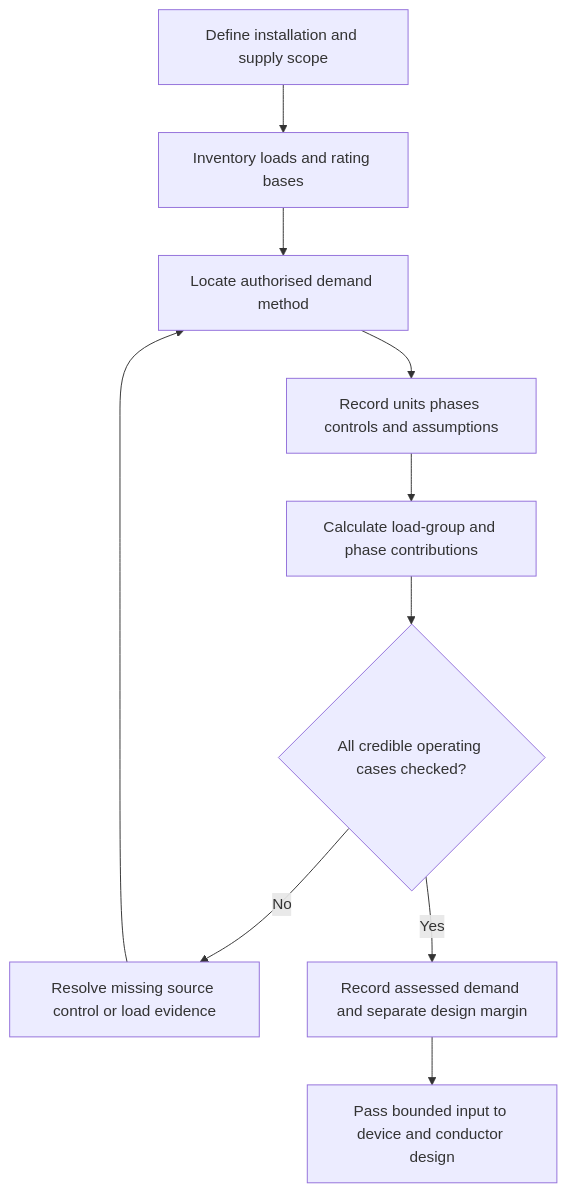
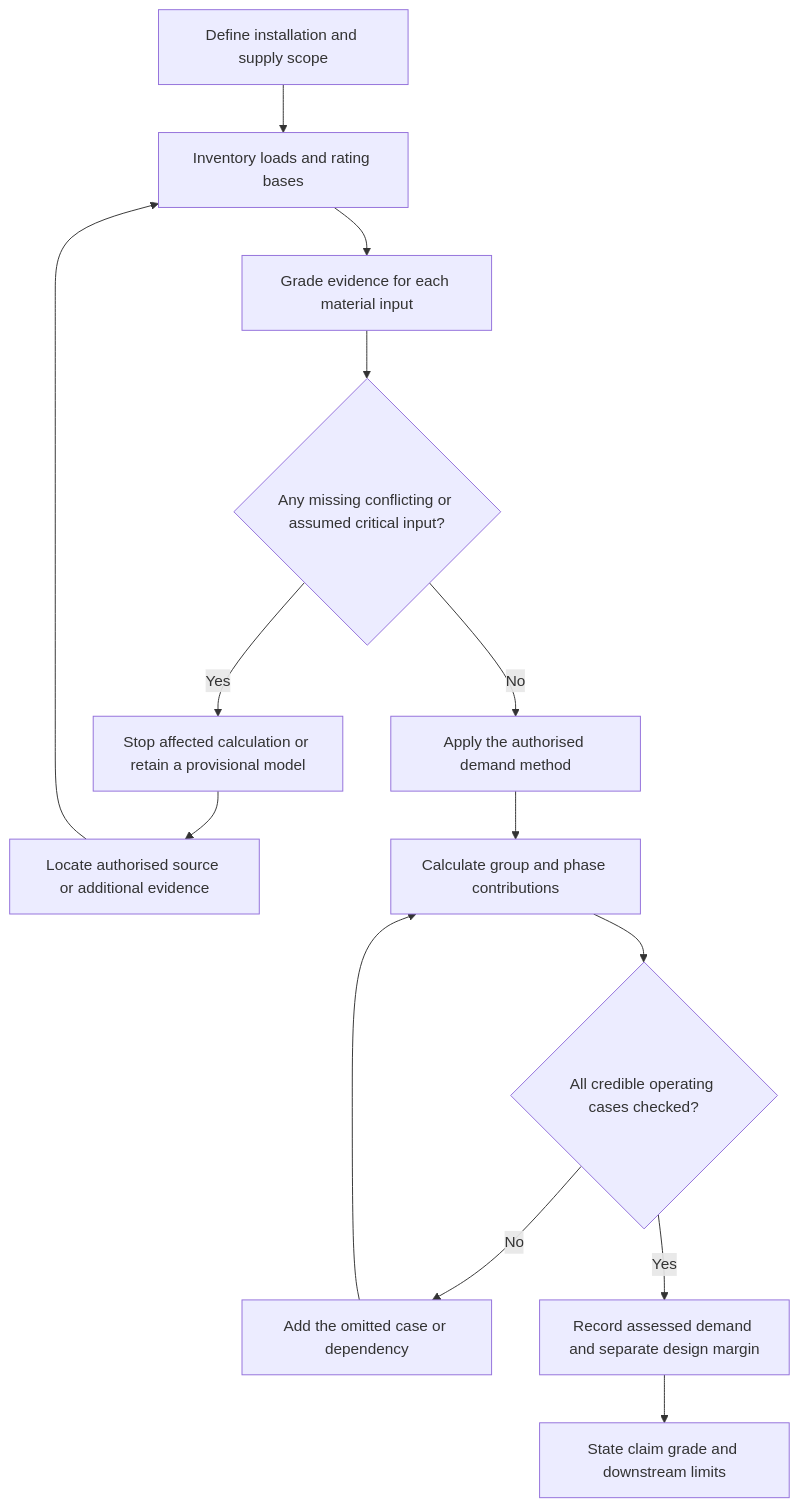
The first of 2 diagrams in docs/learning-plans/6-week/modules/day-15-load-identification-and-maximum-demand-workflow.md (andrew3stedall/capstone), drawn with Mermaid before and after one commit. The commit also changed other lines of this file, not shown here.

Commit message:
Improve six-week Day 15 demand workflow

````diff
--- a/docs/learning-plans/6-week/modules/day-15-load-identification-and-maximum-demand-workflow.md
+++ b/docs/learning-plans/6-week/modules/day-15-load-identification-and-maximum-demand-workflow.md
@@ -89,12 +123,16 @@
 ```mermaid
 flowchart TD
     A[Define installation and supply scope] --> B[Inventory loads and rating bases]
-    B --> C[Locate authorised demand method]
-    C --> D[Record units phases controls and assumptions]
-    D --> E[Calculate load-group and phase contributions]
-    E --> F{All credible operating cases checked?}
-    F -->|No| G[Resolve missing source control or load evidence]
-    G --> C
-    F -->|Yes| H[Record assessed demand and separate design margin]
-    H --> I[Pass bounded input to device and conductor design]
+    B --> C[Grade evidence for each material input]
+    C --> D{Any missing conflicting or assumed critical input?}
+    D -->|Yes| E[Stop affected calculation or retain a provisional model]
+    E --> F[Locate authorised source or additional evidence]
+    F --> B
+    D -->|No| G[Apply the authorised demand method]
+    G --> H[Calculate group and phase contributions]
+    H --> I{All credible operating cases checked?}
+    I -->|No| J[Add the omitted case or dependency]
+    J --> H
+    I -->|Yes| K[Record assessed demand and separate design margin]
+    K --> L[State claim grade and downstream limits]
 ```
````
